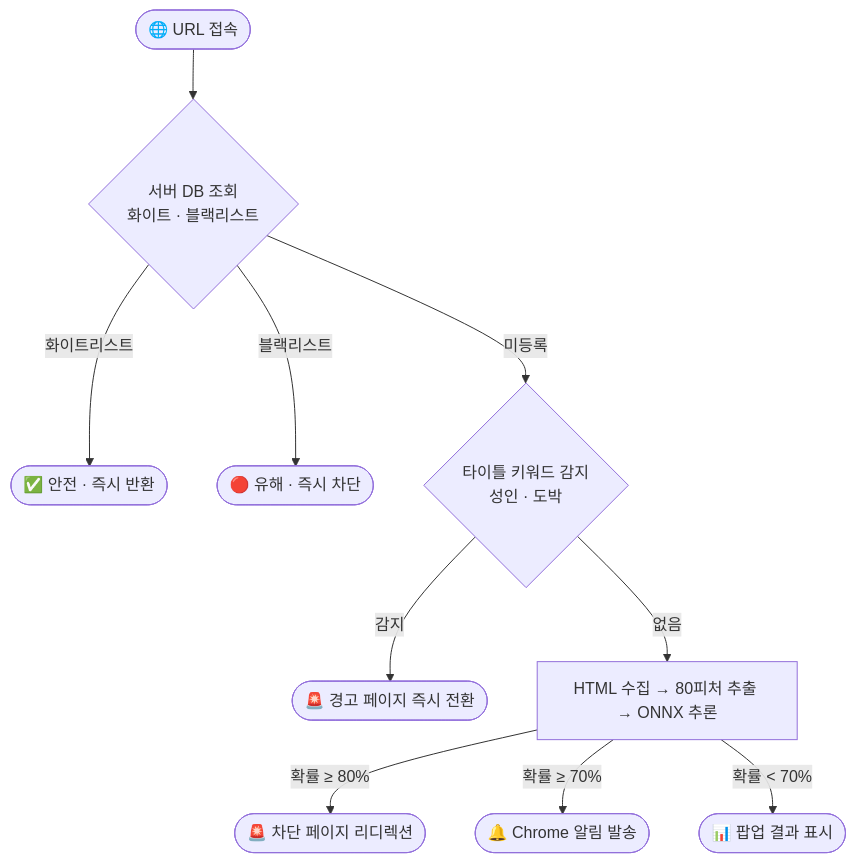
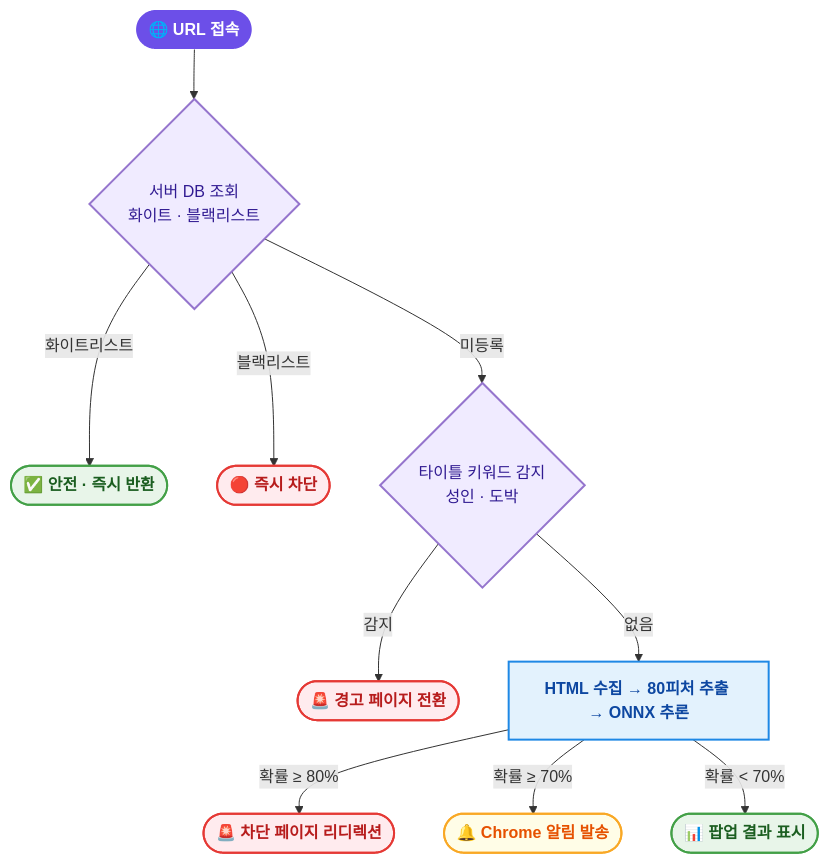
Before and after one commit to hazzyAI/pillsang-chrome-extension: the diagram in README.md, drawn with Mermaid.

Commit message:
style flowchart with color classDef per node type

````diff
--- a/README.md
+++ b/README.md
@@ -22,12 +22,19 @@
 ```mermaid
 flowchart TD
-    A([🌐 URL 접속]) --> B{서버 DB 조회\n화이트 · 블랙리스트}
-    B -->|화이트리스트| W([✅ 안전 · 즉시 반환])
-    B -->|블랙리스트| BL([🔴 유해 · 즉시 차단])
-    B -->|미등록| C{타이틀 키워드 감지\n성인 · 도박}
-    C -->|감지| K([🚨 경고 페이지 즉시 전환])
-    C -->|없음| D["HTML 수집 → 80피처 추출 → ONNX 추론"]
-    D -->|확률 ≥ 80%| F([🚨 차단 페이지 리디렉션])
-    D -->|확률 ≥ 70%| G([🔔 Chrome 알림 발송])
-    D -->|확률 < 70%| H([📊 팝업 결과 표시])
+    A([🌐 URL 접속]):::start --> B{"서버 DB 조회\n화이트 · 블랙리스트"}:::dec
+    B -->|화이트리스트| W([✅ 안전 · 즉시 반환]):::safe
+    B -->|블랙리스트| BL([🔴 즉시 차단]):::block
+    B -->|미등록| C{"타이틀 키워드 감지\n성인 · 도박"}:::dec
+    C -->|감지| K([🚨 경고 페이지 전환]):::block
+    C -->|없음| D["HTML 수집 → 80피처 추출 → ONNX 추론"]:::proc
+    D -->|확률 ≥ 80%| F([🚨 차단 페이지 리디렉션]):::block
+    D -->|확률 ≥ 70%| G([🔔 Chrome 알림 발송]):::warn
+    D -->|확률 < 70%| H([📊 팝업 결과 표시]):::safe
+
+    classDef start fill:#6C4FE8,stroke:none,color:#fff,font-weight:700
+    classDef dec   fill:#F0EBFF,stroke:#9575CD,stroke-width:2px,color:#311B92
+    classDef safe  fill:#E8F5E9,stroke:#43A047,stroke-width:2px,color:#1B5E20,font-weight:600
+    classDef block fill:#FFEBEE,stroke:#E53935,stroke-width:2px,color:#B71C1C,font-weight:600
+    classDef warn  fill:#FFFDE7,stroke:#F9A825,stroke-width:2px,color:#E65100,font-weight:600
+    classDef proc  fill:#E3F2FD,stroke:#1E88E5,stroke-width:2px,color:#0D47A1,font-weight:600
 ```
````
